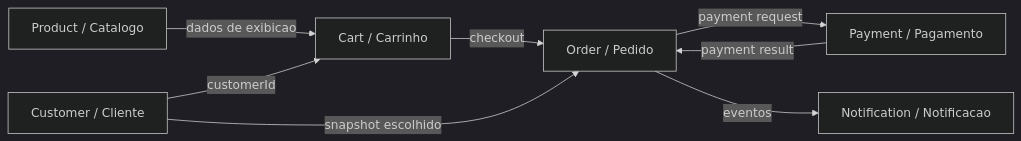
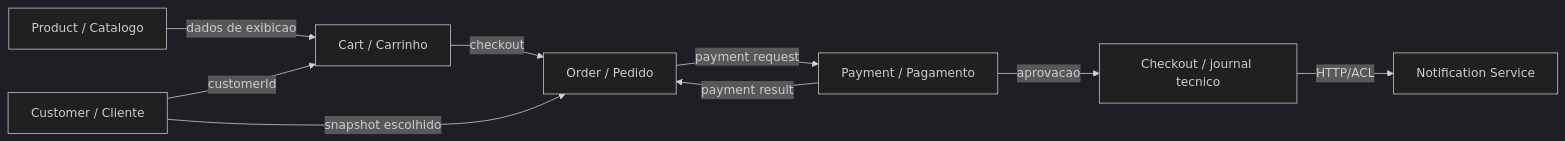
Before and after one commit to fabianofsc/nexus-shopping: the first of 2 diagrams in README.md, drawn with Mermaid (dark theme). The commit also changed other lines of this file and 5 other files, not shown here.

Commit message:
docs: document external notification service topology

````diff
--- a/README.md
+++ b/README.md
@@ -38,17 +38,19 @@
 ```mermaid
 flowchart LR
   Product["Product / Catalogo"]
   Customer["Customer / Cliente"]
   Cart["Cart / Carrinho"]
   Order["Order / Pedido"]
   Payment["Payment / Pagamento"]
-  Notification["Notification / Notificacao"]
+  Checkout["Checkout / journal tecnico"]
+  Notification["Notification Service"]
 
   Product -->|"dados de exibicao"| Cart
   Customer -->|"customerId"| Cart
   Cart -->|"checkout"| Order
   Customer -->|"snapshot escolhido"| Order
   Order -->|"payment request"| Payment
   Payment -->|"payment result"| Order
-  Order -->|"eventos"| Notification
+  Payment -->|"aprovacao"| Checkout
+  Checkout -->|"HTTP/ACL"| Notification
 ```
````
